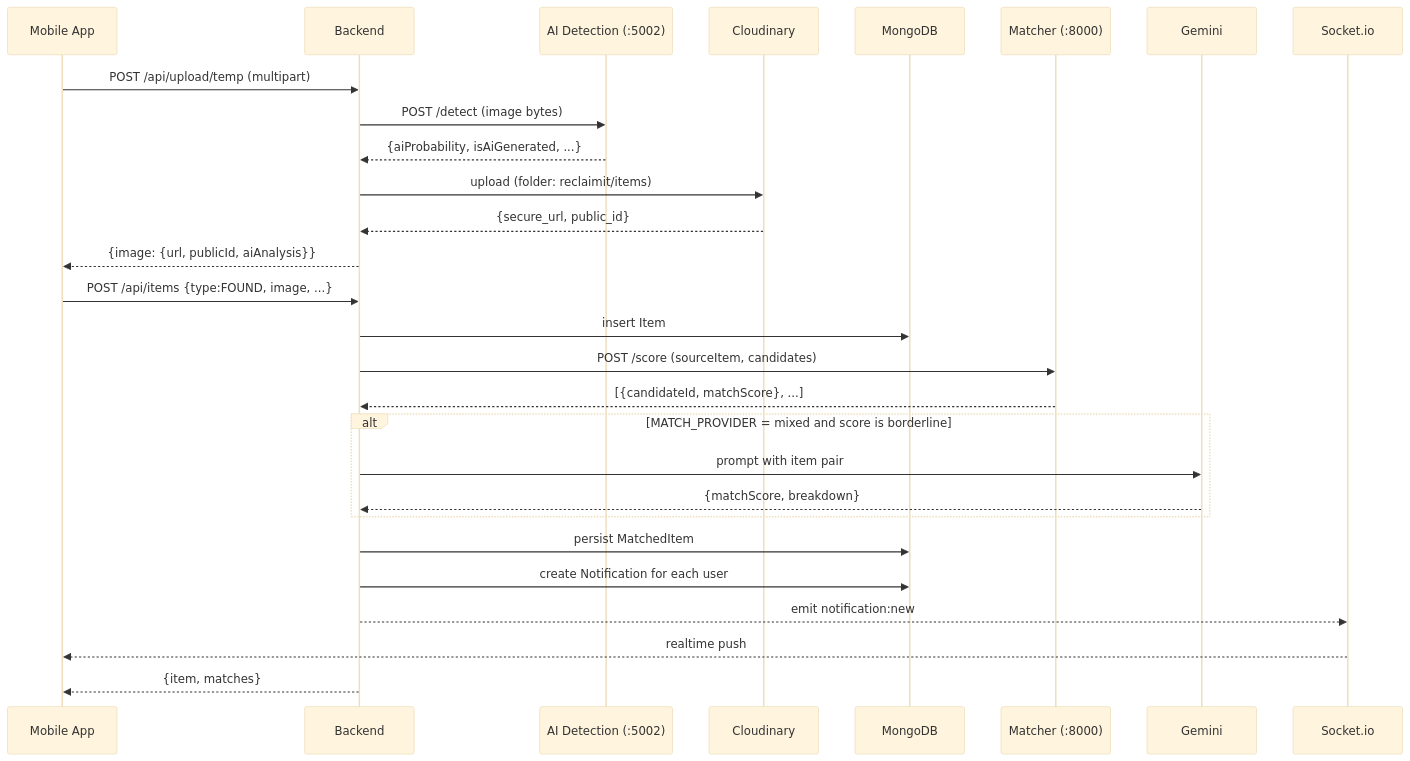
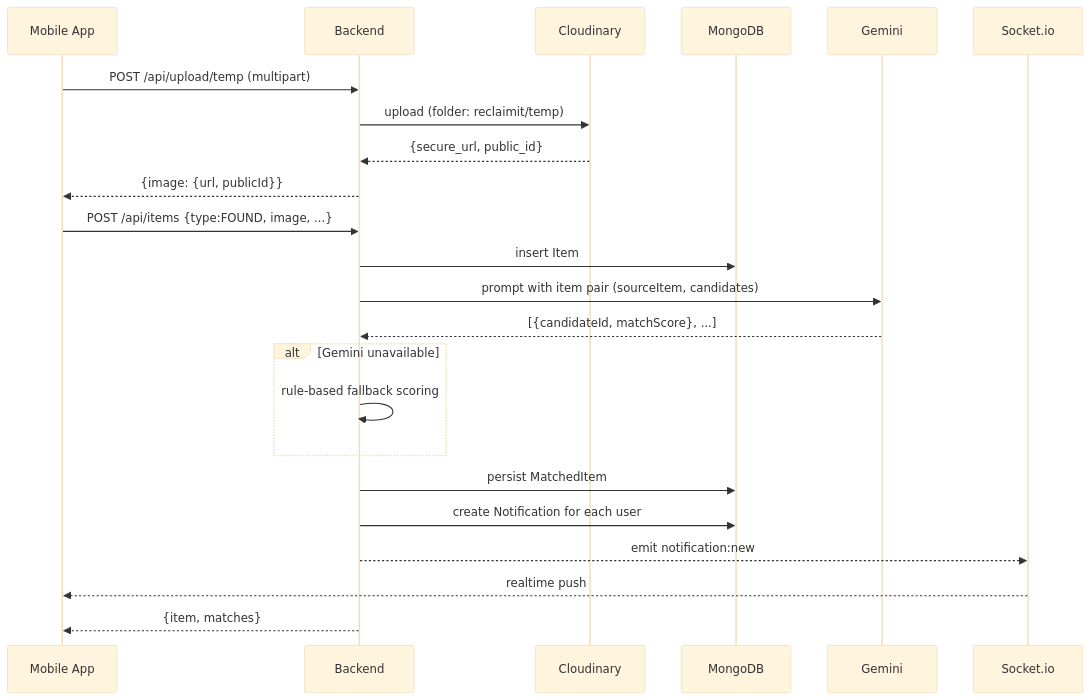
One commit to bigyan224/ReclaimIt changed the second of 6 diagrams in PROJECT_DOCUMENTATION.md. Above: the diagram before and after it, drawn with Mermaid (base theme). The commit also changed other lines of this file and 41 other files, not shown here.

````diff
--- a/PROJECT_DOCUMENTATION.md
+++ b/PROJECT_DOCUMENTATION.md
@@ -187,32 +166,27 @@
 ```mermaid
 sequenceDiagram
     participant App as Mobile App
     participant B as Backend
-    participant F as AI Detection (:5002)
     participant C as Cloudinary
     participant D as MongoDB
-    participant X as Matcher (:8000)
     participant G as Gemini
     participant S as Socket.io
 
     App->>B: POST /api/upload/temp (multipart)
-    B->>F: POST /detect (image bytes)
-    F-->>B: {aiProbability, isAiGenerated, ...}
-    B->>C: upload (folder: reclaimit/items)
+    B->>C: upload (folder: reclaimit/temp)
     C-->>B: {secure_url, public_id}
-    B-->>App: {image: {url, publicId, aiAnalysis}}
+    B-->>App: {image: {url, publicId}}
 
     App->>B: POST /api/items {type:FOUND, image, ...}
     B->>D: insert Item
-    B->>X: POST /score (sourceItem, candidates)
-    X-->>B: [{candidateId, matchScore}, ...]
-    alt MATCH_PROVIDER = mixed and score is borderline
-        B->>G: prompt with item pair
-        G-->>B: {matchScore, breakdown}
+    B->>G: prompt with item pair (sourceItem, candidates)
+    G-->>B: [{candidateId, matchScore}, ...]
+    alt Gemini unavailable
+        B->>B: rule-based fallback scoring
     end
     B->>D: persist MatchedItem
     B->>D: create Notification for each user
     B-->>S: emit notification:new
     S-->>App: realtime push
     B-->>App: {item, matches}
 ```
````
